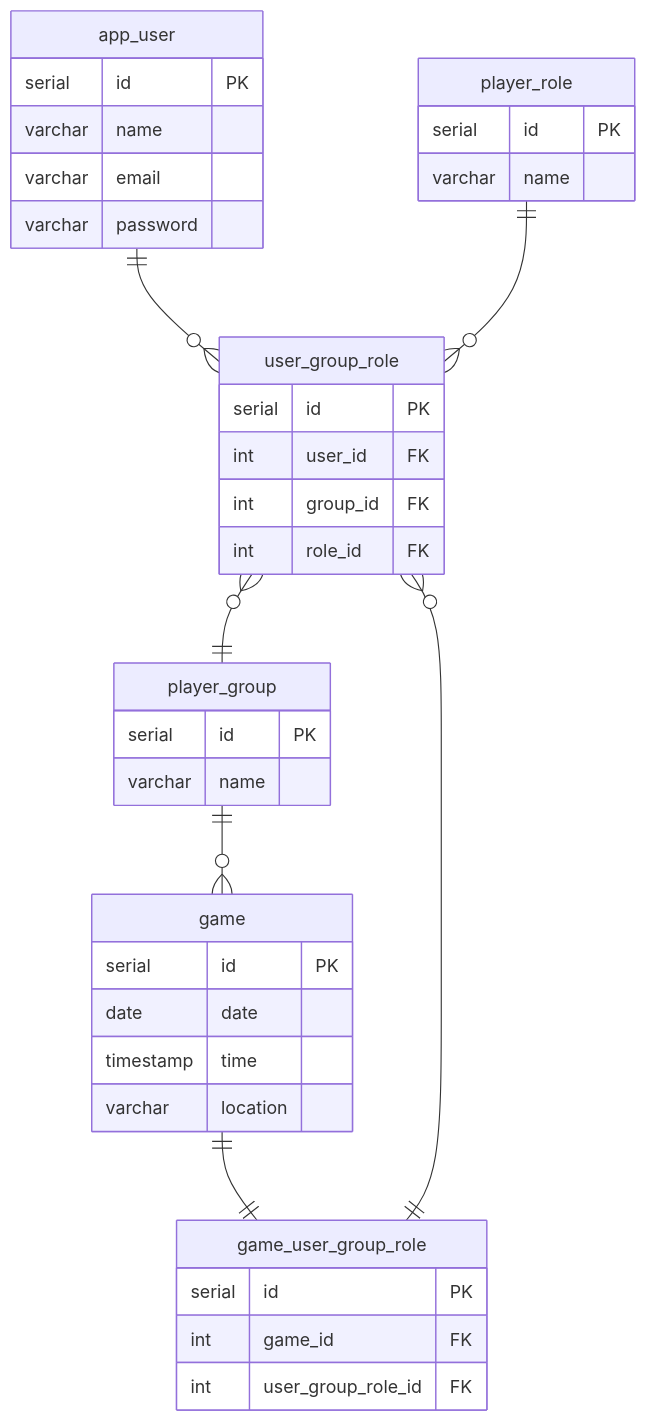
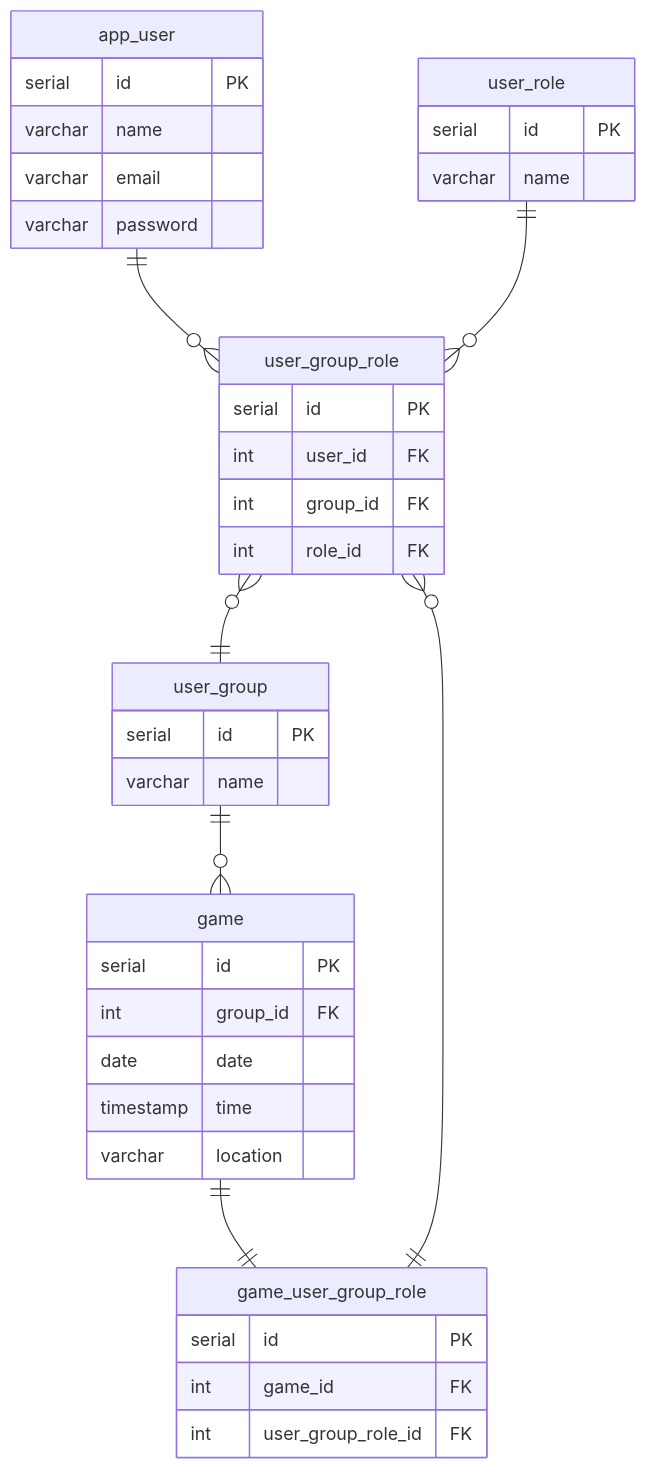
The second of 2 diagrams in README.md (MichaelM9/5-A-Side-Organiser), drawn with Mermaid before and after one commit. The commit also changed other lines of this file and 2 other files, not shown here.

Commit message:
Update database table naming conventions

````diff
--- a/README.md
+++ b/README.md
@@ -49,41 +49,42 @@
 ```mermaid
 erDiagram
 app_user ||--o{ user_group_role : ""
-player_role ||--o{ user_group_role: ""
-user_group_role }o--|| player_group : ""
-player_group ||--o{ game : ""
+user_role ||--o{ user_group_role: ""
+user_group_role }o--|| user_group : ""
+user_group ||--o{ game : ""
 game ||--|| game_user_group_role : ""
 user_group_role }o--|| game_user_group_role : ""
 
 app_user {
     serial id PK
     varchar name
     varchar email
     varchar password
 }
-player_role {
+user_role {
     serial id PK
     varchar name
 }
 user_group_role {
     serial id PK
     int user_id FK
     int group_id FK
     int role_id FK
 }
-player_group {
+user_group {
     serial id PK
     varchar name
 }
 game {
     serial id PK
+    int group_id FK
     date date
     timestamp time
     varchar location
 }
 game_user_group_role {
     serial id PK
     int game_id FK
     int user_group_role_id FK
 }
 ```
````
